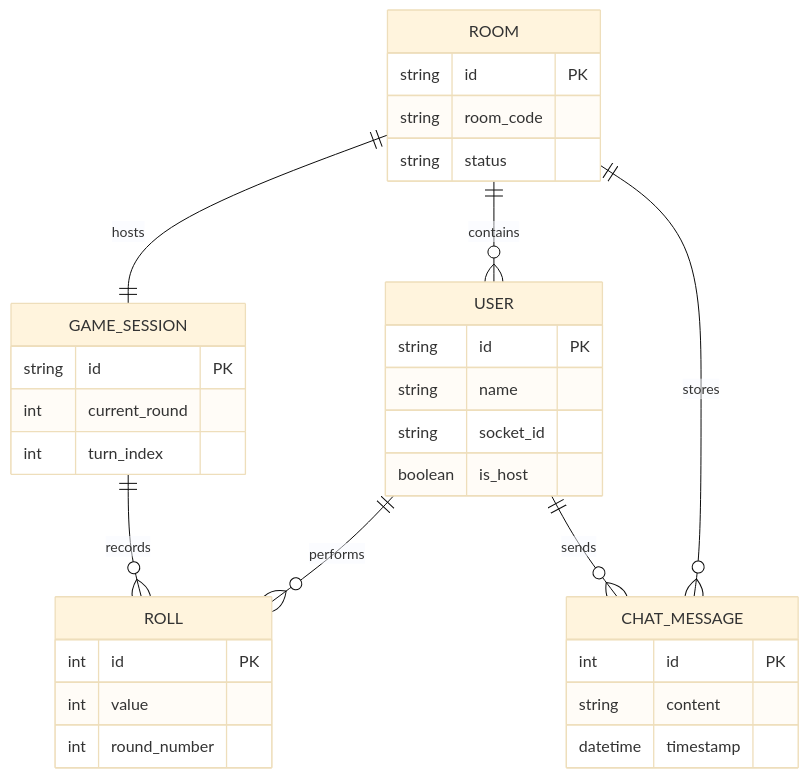
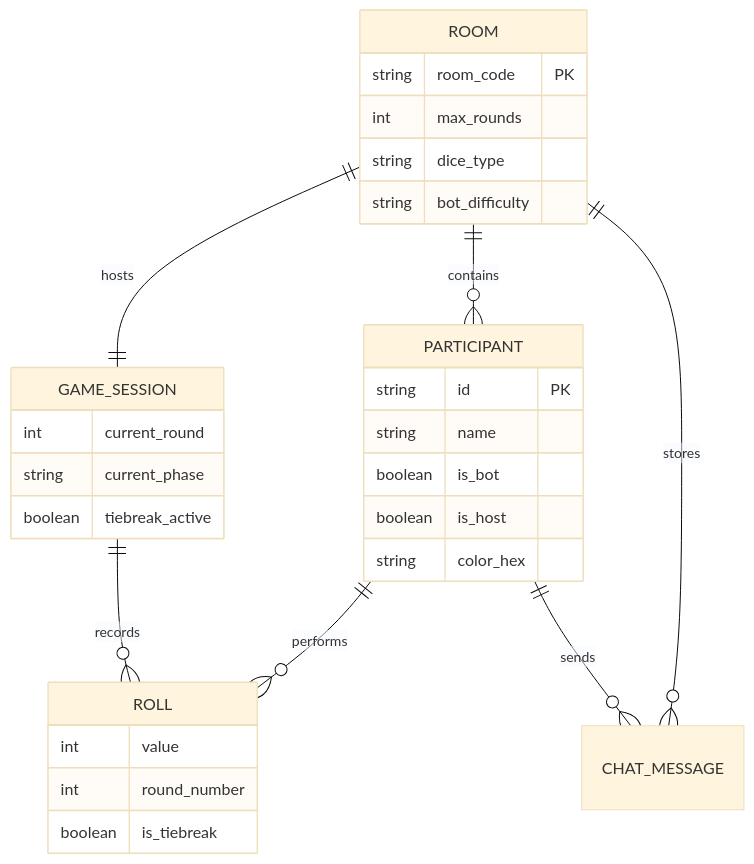
Before and after one commit to Chaitanya-Dhayade/holla: the diagram in PROJECT_DETAILS.md, drawn with Mermaid (base theme). The commit also changed other lines of this file and 2 other files, not shown here.

Commit message:
Initial commit: Dice Roll Battle

````diff
--- a/PROJECT_DETAILS.md
+++ b/PROJECT_DETAILS.md
@@ -61,36 +60,33 @@
 ```mermaid
 erDiagram
-    ROOM ||--o{ USER : contains
+    ROOM ||--o{ PARTICIPANT : contains
     ROOM ||--|| GAME_SESSION : hosts
-    USER ||--o{ ROLL : performs
+    PARTICIPANT ||--o{ ROLL : performs
     GAME_SESSION ||--o{ ROLL : records
     ROOM ||--o{ CHAT_MESSAGE : stores
-    USER ||--o{ CHAT_MESSAGE : sends
+    PARTICIPANT ||--o{ CHAT_MESSAGE : sends
 
-    USER {
+    PARTICIPANT {
         string id PK
         string name
-        string socket_id
+        boolean is_bot
         boolean is_host
+        string color_hex
     }
     ROOM {
-        string id PK
-        string room_code
-        string status
+        string room_code PK
+        int max_rounds
+        string dice_type
+        string bot_difficulty
     }
     GAME_SESSION {
-        string id PK
         int current_round
-        int turn_index
+        string current_phase
+        boolean tiebreak_active
     }
     ROLL {
-        int id PK
         int value
         int round_number
-    }
-    CHAT_MESSAGE {
-        int id PK
-        string content
-        datetime timestamp
+        boolean is_tiebreak
     }
 ```
````
